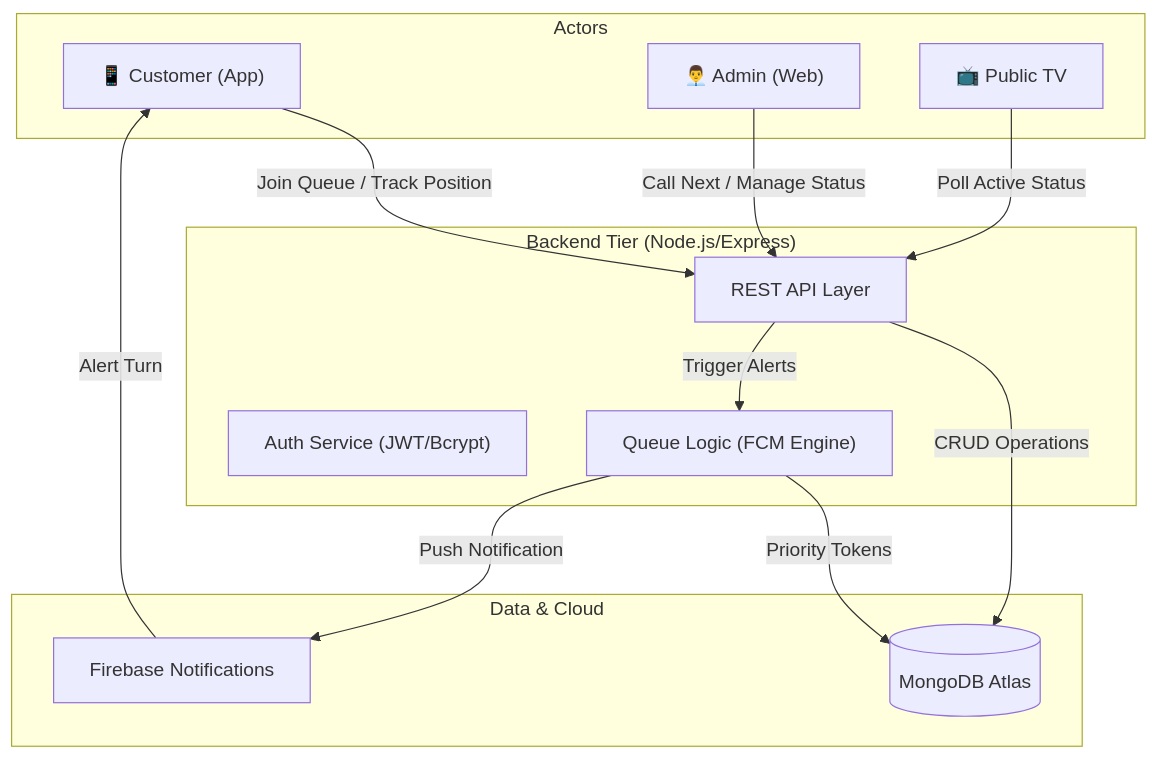
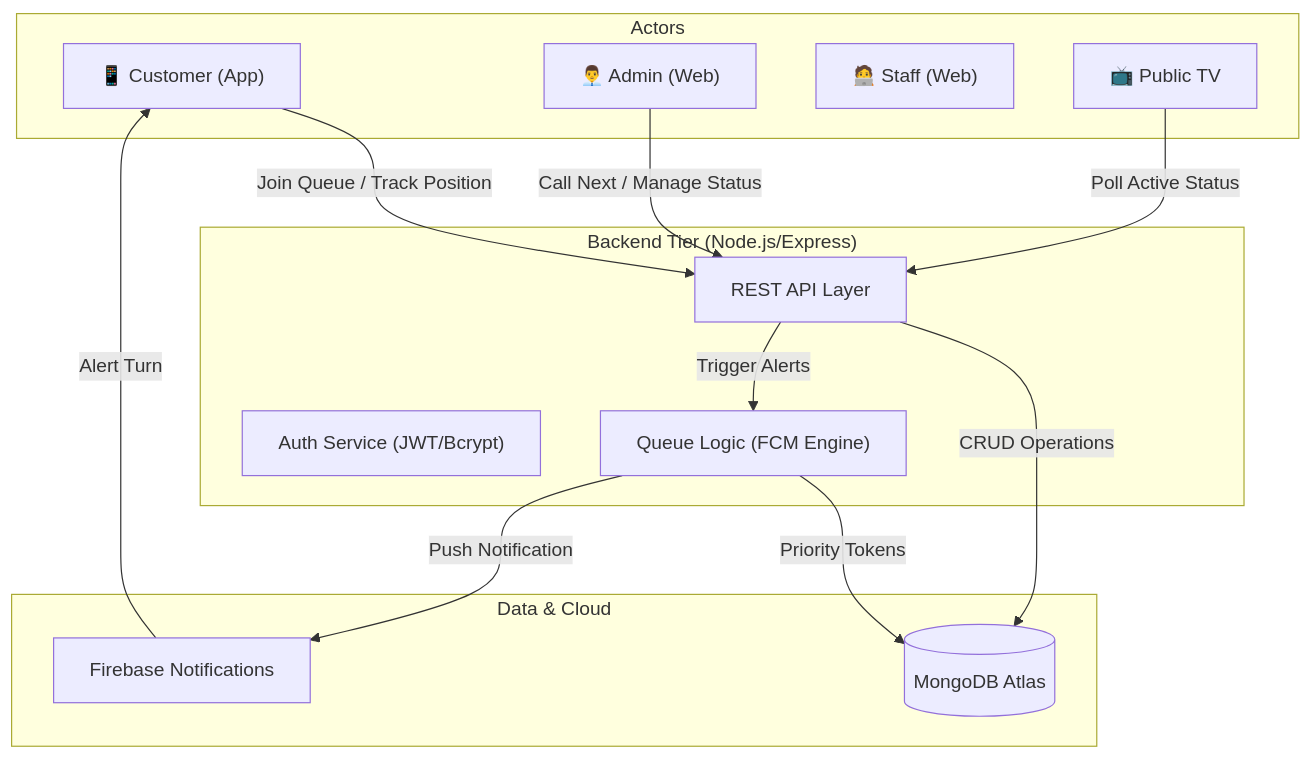
One commit to ProgrammerSMSH/project-SQMS changed the diagram in readme.md. Above: the diagram before and after it, drawn with Mermaid. The commit also changed other lines of this file and 9 other files, not shown here.

````diff
--- a/readme.md
+++ b/readme.md
@@ -38,29 +54,30 @@
 ```mermaid
 graph TD
     subgraph "Actors"
         Customer["📱 Customer (App)"]
         Admin["👨‍💼 Admin (Web)"]
+        Staff["🧑‍💻 Staff (Web)"]
         TV["📺 Public TV"]
     end
 
     subgraph "Backend Tier (Node.js/Express)"
         API["REST API Layer"]
         Auth["Auth Service (JWT/Bcrypt)"]
         Queue["Queue Logic (FCM Engine)"]
     end
 
     subgraph "Data & Cloud"
         DB[("MongoDB Atlas")]
         FCM["Firebase Notifications"]
     end
 
     %% Interactions
     Customer -- "Join Queue / Track Position" --> API
     Admin -- "Call Next / Manage Status" --> API
     API -- "CRUD Operations" --> DB
     Queue -- "Priority Tokens" --> DB
     API -- "Trigger Alerts" --> Queue
     Queue -- "Push Notification" --> FCM
     FCM -- "Alert Turn" --> Customer
     TV -- "Poll Active Status" --> API
 ```
````
